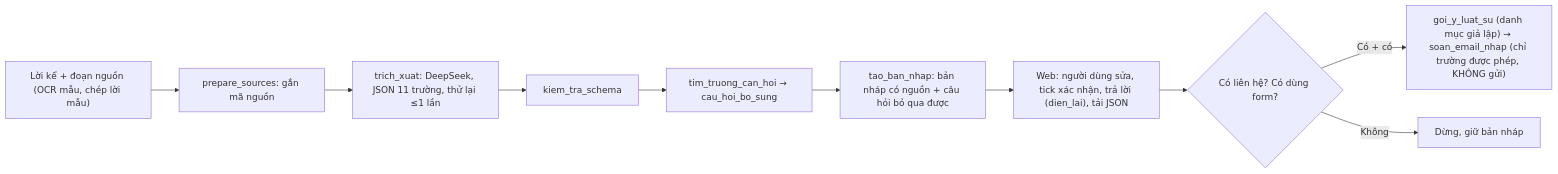
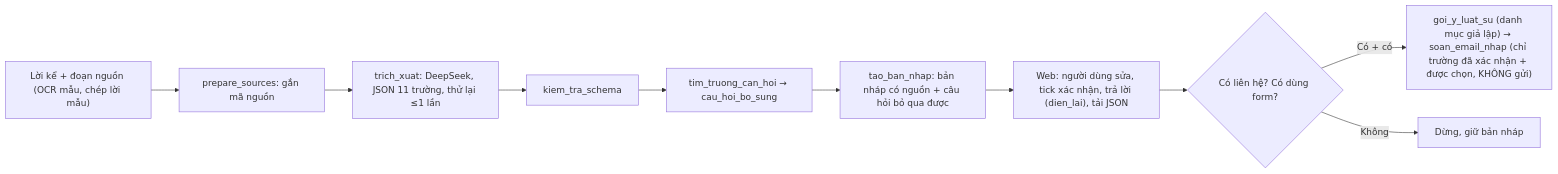
Before and after one commit to Ama2352/K5-Day15-L3B-TeaParty: the second of 2 diagrams in spec.md, drawn with Mermaid. The commit also changed other lines of this file and 1 other file, not shown here.

````diff
--- a/spec.md
+++ b/spec.md
@@ -94,12 +94,12 @@
   ```mermaid
   flowchart LR
     A["Lời kể + đoạn nguồn (OCR mẫu, chép lời mẫu)"] --> B["prepare_sources: gắn mã nguồn"]
     B --> C["trich_xuat: DeepSeek, JSON 11 trường, thử lại ≤1 lần"]
     C --> D["kiem_tra_schema"]
     D --> E["tim_truong_can_hoi → cau_hoi_bo_sung"]
     E --> F["tao_ban_nhap: bản nháp có nguồn + câu hỏi bỏ qua được"]
     F --> G["Web: người dùng sửa, tick xác nhận, trả lời (dien_lai), tải JSON"]
     G --> H{"Có liên hệ? Có dùng form?"}
-    H -->|Có + có| I["goi_y_luat_su (danh mục giả lập) → soan_email_nhap (chỉ trường được phép, KHÔNG gửi)"]
+    H -->|Có + có| I["goi_y_luat_su (danh mục giả lập) → soan_email_nhap (chỉ trường đã xác nhận + được chọn, KHÔNG gửi)"]
     H -->|Không| J["Dừng, giữ bản nháp"]
   ```
````
